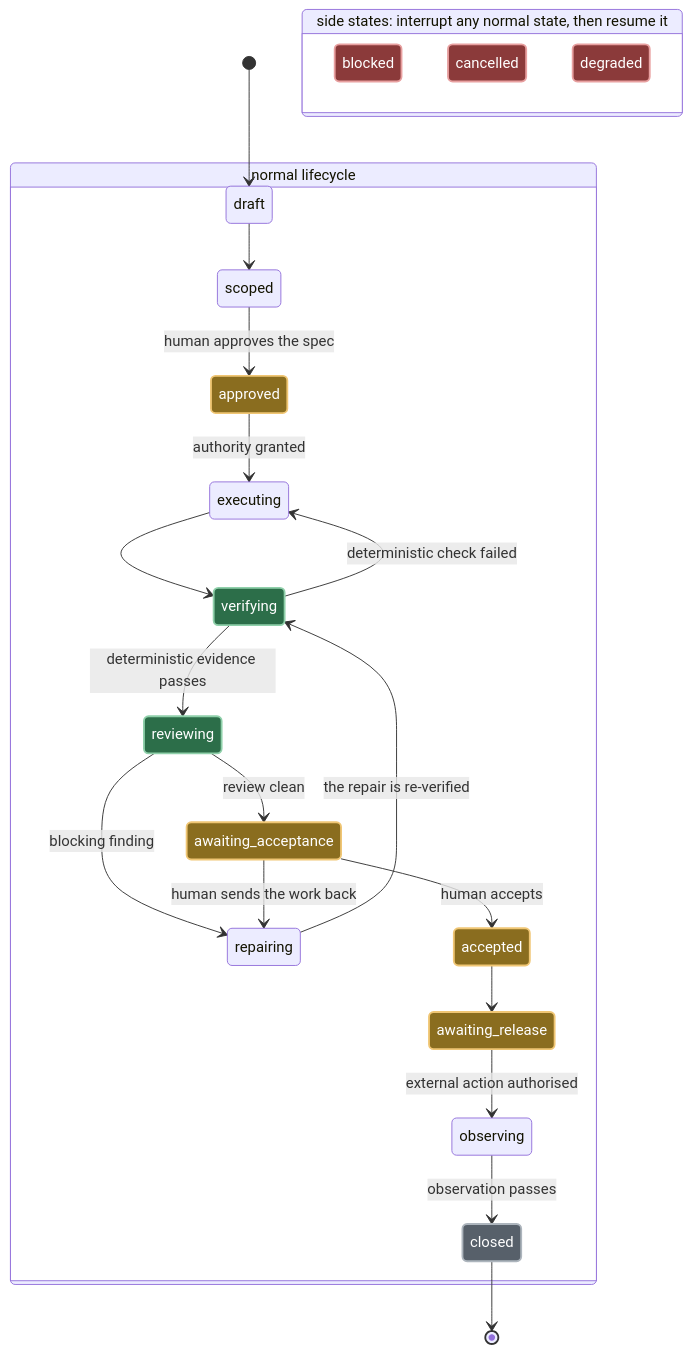
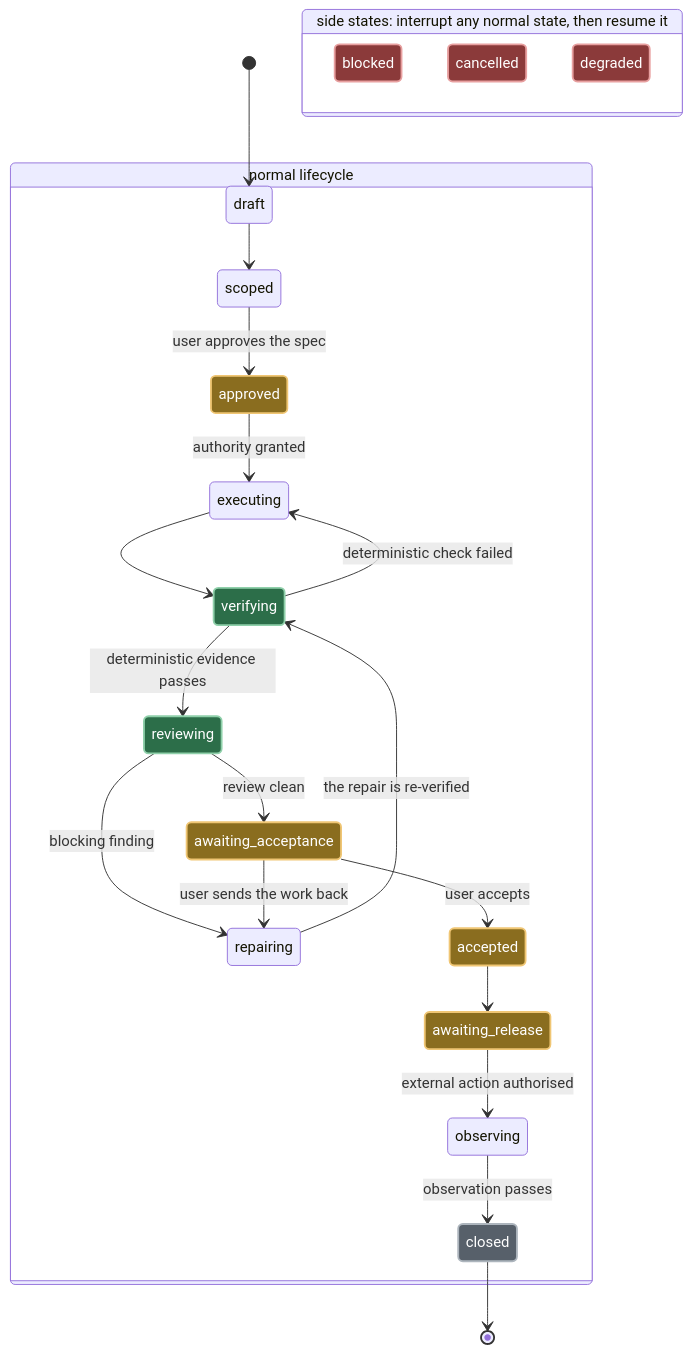
The second of 3 diagrams in docs/ARCHITECTURE.md (mblauberg/agent-harness), drawn with Mermaid before and after one commit. The commit also changed other lines of this file and 9 other files, not shown here.

````diff
--- a/docs/ARCHITECTURE.md
+++ b/docs/ARCHITECTURE.md
@@ -136,40 +136,40 @@
 ```mermaid
 stateDiagram-v2
     accTitle: The delivery-run state machine
-    accDescr: A delivery run moves through twelve normal states: draft, scoped, approved, executing, verifying, reviewing, repairing, awaiting_acceptance, accepted, awaiting_release, observing and closed. Verifying returns to executing when a deterministic check fails. Reviewing returns to repairing when a blocking finding stands, and repairing returns to verifying so that a repair is re-verified rather than trusted. Awaiting_acceptance also returns to repairing when the human sends the work back. Three side states, blocked, cancelled and degraded, sit apart from the normal lifecycle. Any normal state may be interrupted into one of them, and recovery resumes exactly the interrupted state, so they are drawn as a separate group rather than wired to every state.
+    accDescr: A delivery run moves through twelve normal states: draft, scoped, approved, executing, verifying, reviewing, repairing, awaiting_acceptance, accepted, awaiting_release, observing and closed. Verifying returns to executing when a deterministic check fails. Reviewing returns to repairing when a blocking finding stands, and repairing returns to verifying so that a repair is re-verified rather than trusted. Awaiting_acceptance also returns to repairing when the user sends the work back. Three side states, blocked, cancelled and degraded, sit apart from the normal lifecycle. Any normal state may be interrupted into one of them, and recovery resumes exactly the interrupted state, so they are drawn as a separate group rather than wired to every state.
     [*] --> draft
 
     state "normal lifecycle" as run {
         draft --> scoped
-        scoped --> approved : human approves the spec
+        scoped --> approved : user approves the spec
         approved --> executing : authority granted
         executing --> verifying
         verifying --> executing : deterministic check failed
         verifying --> reviewing : deterministic evidence passes
         reviewing --> repairing : blocking finding
         reviewing --> awaiting_acceptance : review clean
         repairing --> verifying : the repair is re-verified
-        awaiting_acceptance --> repairing : human sends the work back
-        awaiting_acceptance --> accepted : human accepts
+        awaiting_acceptance --> repairing : user sends the work back
+        awaiting_acceptance --> accepted : user accepts
         accepted --> awaiting_release
         awaiting_release --> observing : external action authorised
         observing --> closed : observation passes
     }
 
     closed --> [*]
 
     state "side states: interrupt any normal state, then resume it" as aside {
         blocked
         cancelled
         degraded
     }
 
-    classDef human fill:#8a6d1f,stroke:#f0c674,color:#ffffff,stroke-width:2px
+    classDef user fill:#8a6d1f,stroke:#f0c674,color:#ffffff,stroke-width:2px
     classDef blocking fill:#2c6e49,stroke:#8fd0aa,color:#ffffff,stroke-width:2px
     classDef interrupt fill:#8b3a3a,stroke:#e8a0a0,color:#ffffff,stroke-width:2px
     classDef inert fill:#57606a,stroke:#adb5bd,color:#ffffff,stroke-width:2px
-    class approved,awaiting_acceptance,accepted,awaiting_release human
+    class approved,awaiting_acceptance,accepted,awaiting_release user
     class verifying,reviewing blocking
     class blocked,cancelled,degraded interrupt
     class closed inert
 ```
````
